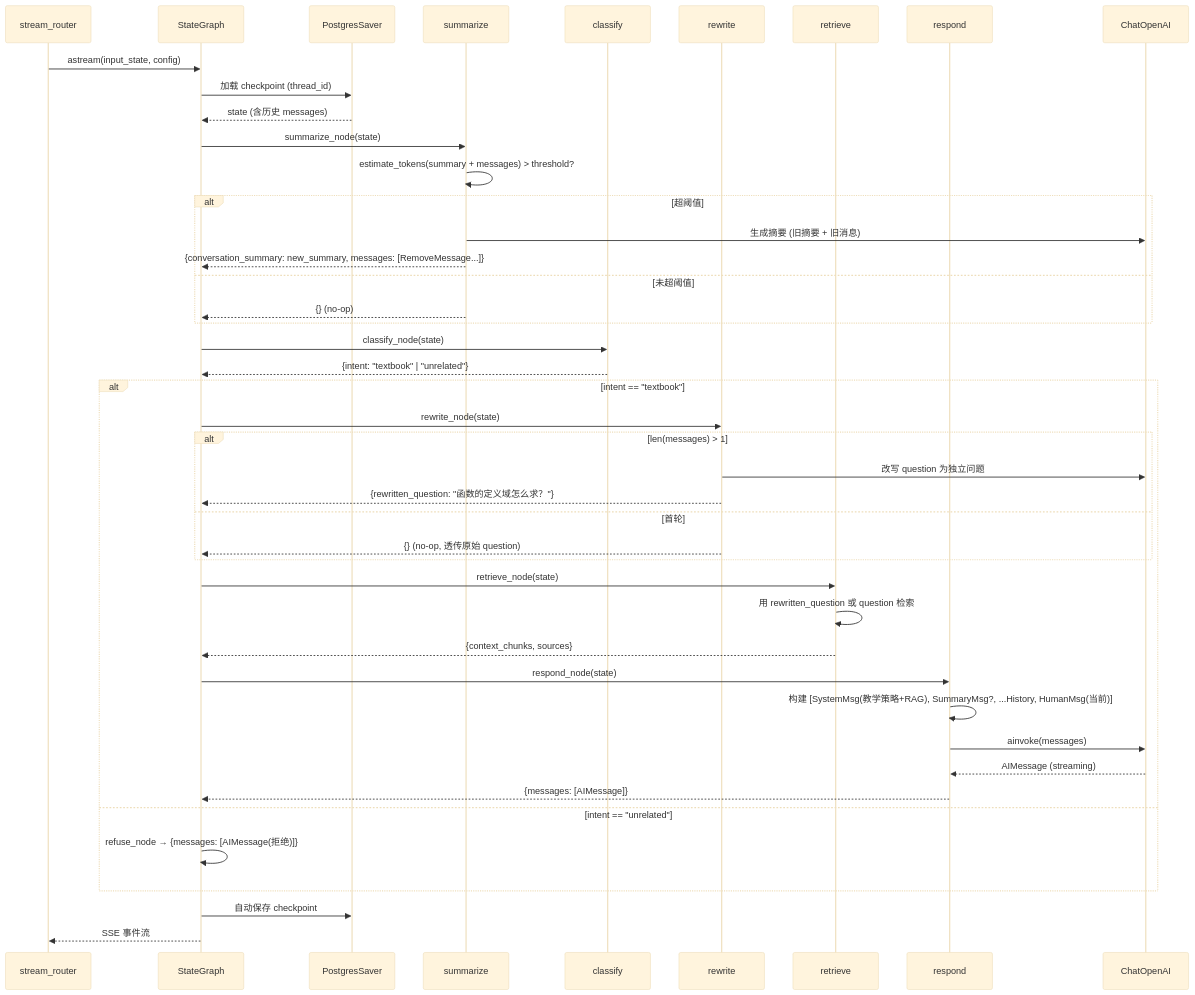
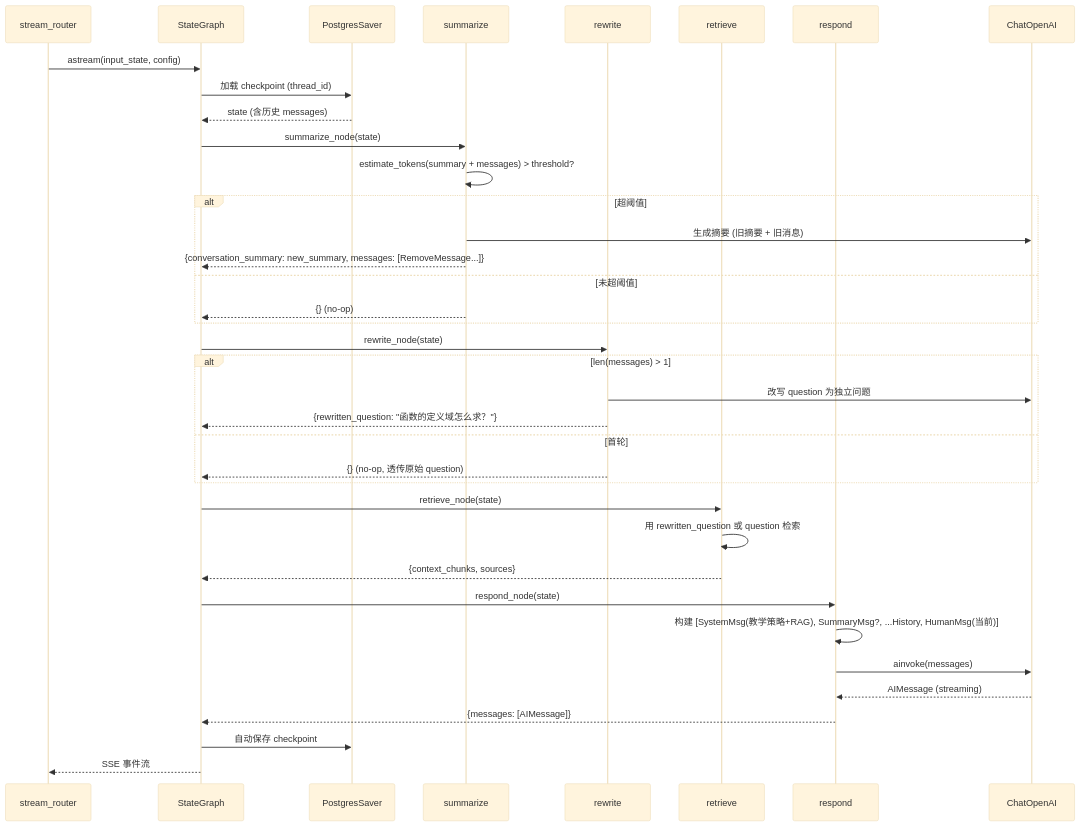
One commit to xiaolutang/OctoTutor changed the second of 3 diagrams in .dev-flow/R010/analysis/2026-05-26--long-context-dialogue-backend.md. Above: the diagram before and after it, drawn with Mermaid (base theme). The commit also changed other lines of this file and 19 other files, not shown here.

````diff
--- a/.dev-flow/R010/analysis/2026-05-26--long-context-dialogue-backend.md
+++ b/.dev-flow/R010/analysis/2026-05-26--long-context-dialogue-backend.md
@@ -149,53 +148,45 @@
 ```mermaid
 sequenceDiagram
     participant SR as stream_router
     participant G as StateGraph
     participant CP as PostgresSaver
     participant S as summarize
-    participant C as classify
     participant R as rewrite
     participant RT as retrieve
     participant RP as respond
     participant LLM as ChatOpenAI
 
     SR->>G: astream(input_state, config)
     G->>CP: 加载 checkpoint (thread_id)
     CP-->>G: state (含历史 messages)
 
     G->>S: summarize_node(state)
     S->>S: estimate_tokens(summary + messages) > threshold?
     alt 超阈值
         S->>LLM: 生成摘要 (旧摘要 + 旧消息)
         S-->>G: {conversation_summary: new_summary, messages: [RemoveMessage...]}
     else 未超阈值
         S-->>G: {} (no-op)
     end
 
-    G->>C: classify_node(state)
-    C-->>G: {intent: "textbook" | "unrelated"}
+    G->>R: rewrite_node(state)
+    alt len(messages) > 1
+        R->>LLM: 改写 question 为独立问题
+        R-->>G: {rewritten_question: "函数的定义域怎么求？"}
+    else 首轮
+        R-->>G: {} (no-op, 透传原始 question)
+    end
 
-    alt intent == "textbook"
-        G->>R: rewrite_node(state)
-        alt len(messages) > 1
-            R->>LLM: 改写 question 为独立问题
-            R-->>G: {rewritten_question: "函数的定义域怎么求？"}
-        else 首轮
-            R-->>G: {} (no-op, 透传原始 question)
-        end
+    G->>RT: retrieve_node(state)
+    RT->>RT: 用 rewritten_question 或 question 检索
+    RT-->>G: {context_chunks, sources}
 
-        G->>RT: retrieve_node(state)
-        RT->>RT: 用 rewritten_question 或 question 检索
-        RT-->>G: {context_chunks, sources}
-
-        G->>RP: respond_node(state)
-        RP->>RP: 构建 [SystemMsg(教学策略+RAG), SummaryMsg?, ...History, HumanMsg(当前)]
-        RP->>LLM: ainvoke(messages)
-        LLM-->>RP: AIMessage (streaming)
-        RP-->>G: {messages: [AIMessage]}
-    else intent == "unrelated"
-        G->>G: refuse_node → {messages: [AIMessage(拒绝)]}
-    end
+    G->>RP: respond_node(state)
+    RP->>RP: 构建 [SystemMsg(教学策略+RAG), SummaryMsg?, ...History, HumanMsg(当前)]
+    RP->>LLM: ainvoke(messages)
+    LLM-->>RP: AIMessage (streaming)
+    RP-->>G: {messages: [AIMessage]}
 
     G->>CP: 自动保存 checkpoint
     G-->>SR: SSE 事件流
 ```
````
